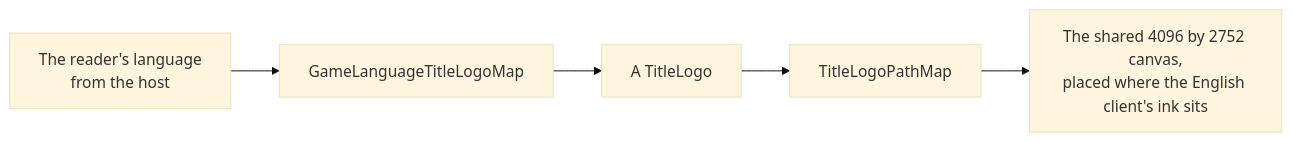
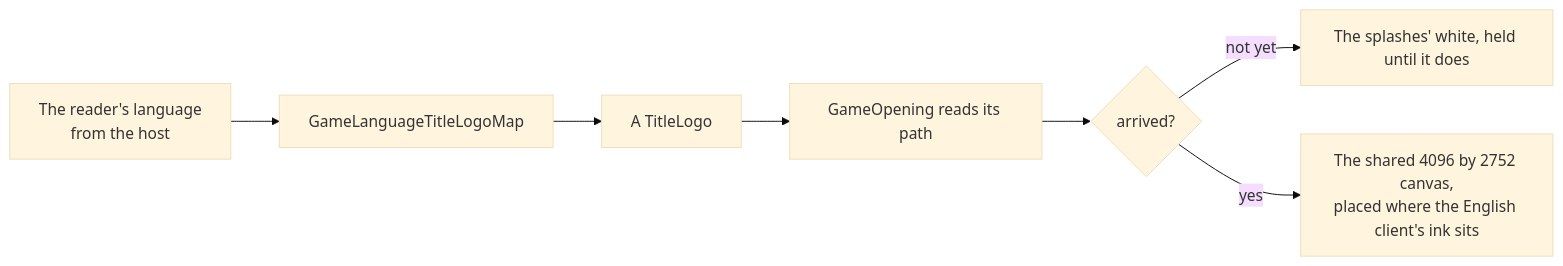
The diagram in apps/web/content/docs/genshin/title-splash.md (Esposter/Esposter), drawn with Mermaid (base theme) before and after one commit. The commit also changed other lines of this file and 7 other files, not shown here.

First line of the commit message:
docs(genshin): the opening reads its title logo and the login's records from the hosted game data, and each screen's rects are its published record

````diff
--- a/apps/web/content/docs/genshin/title-splash.md
+++ b/apps/web/content/docs/genshin/title-splash.md
@@ -10,7 +10,9 @@
 ```mermaid
 flowchart LR
   Language["The reader's language<br/>from the host"] --> Pick["GameLanguageTitleLogoMap"]
   Pick --> Logo["A TitleLogo"]
-  Logo --> Path["TitleLogoPathMap"]
-  Path --> Canvas["The shared 4096 by 2752 canvas,<br/>placed where the English client's ink sits"]
+  Logo --> Read["GameOpening reads its path"]
+  Read --> Wait{"arrived?"}
+  Wait -->|"not yet"| White["The splashes' white, held until it does"]
+  Wait -->|yes| Canvas["The shared 4096 by 2752 canvas,<br/>placed where the English client's ink sits"]
 ```
````
